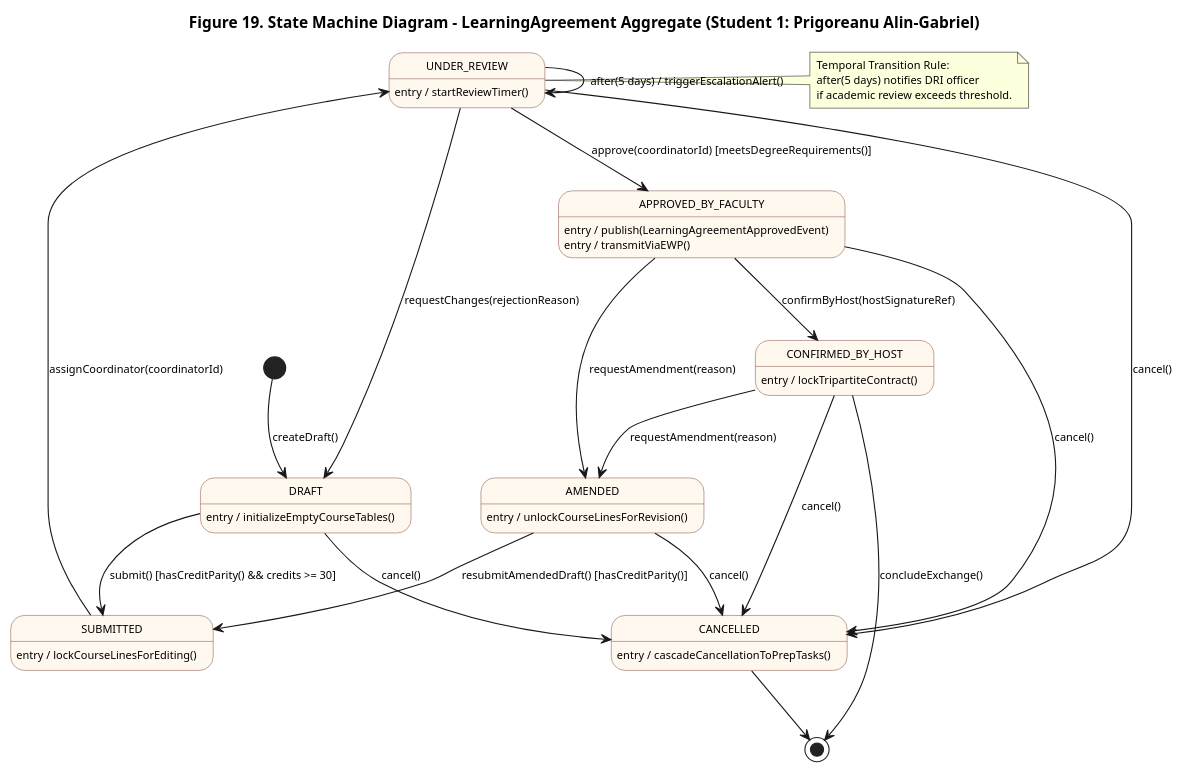
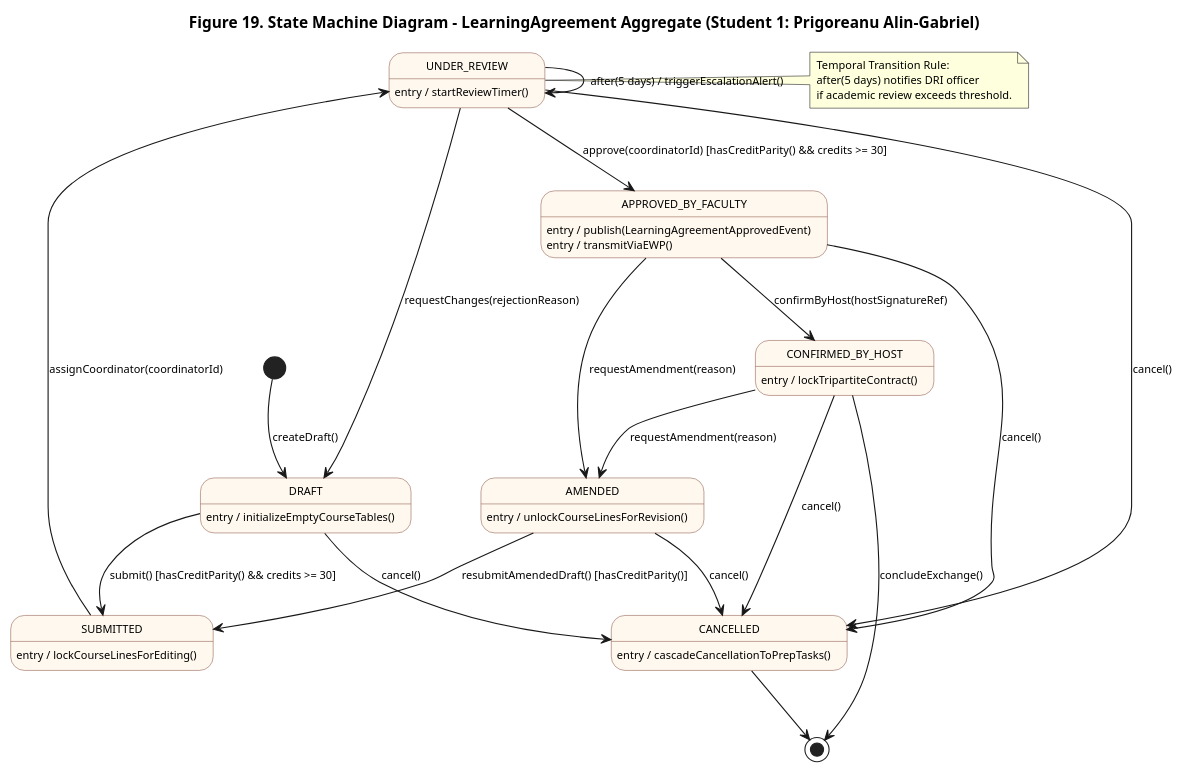
One commit to prigo929/erasmus-mobility-platform changed the diagram in docs/diagrams/fig19-statemachine-learning-agreement.puml. Above: the diagram before and after it, drawn with PlantUML. The commit also changed 39 other files, not shown here.

```diff
--- a/docs/diagrams/fig19-statemachine-learning-agreement.puml
+++ b/docs/diagrams/fig19-statemachine-learning-agreement.puml
@@ -1,73 +1,73 @@
 @startuml
 title Figure 19. State Machine Diagram - LearningAgreement Aggregate (Student 1: Prigoreanu Alin-Gabriel)
 skinparam backgroundColor #FFFFFF
 skinparam defaultFontName "Helvetica", "Arial", sans-serif
 skinparam defaultFontSize 10
 skinparam state {
   BackgroundColor #FFF8EE
   BorderColor #8D5B4C
   FontSize 10
   HeaderBackgroundColor #FCEBD9
 }
 
 [*] --> DRAFT : createDraft()
 
 state DRAFT {
   DRAFT : entry / initializeEmptyCourseTables()
 }
 
 DRAFT --> SUBMITTED : submit() [hasCreditParity() && credits >= 30]
 DRAFT --> CANCELLED : cancel()
 
 state SUBMITTED {
   SUBMITTED : entry / lockCourseLinesForEditing()
 }
 
 SUBMITTED --> UNDER_REVIEW : assignCoordinator(coordinatorId)
 
 state UNDER_REVIEW {
   UNDER_REVIEW : entry / startReviewTimer()
 }
 
 UNDER_REVIEW --> UNDER_REVIEW : after(5 days) / triggerEscalationAlert()
 UNDER_REVIEW --> DRAFT : requestChanges(rejectionReason)
-UNDER_REVIEW --> APPROVED_BY_FACULTY : approve(coordinatorId) [meetsDegreeRequirements()]
+UNDER_REVIEW --> APPROVED_BY_FACULTY : approve(coordinatorId) [hasCreditParity() && credits >= 30]
 UNDER_REVIEW --> CANCELLED : cancel()
 
 state APPROVED_BY_FACULTY {
   APPROVED_BY_FACULTY : entry / publish(LearningAgreementApprovedEvent)
   APPROVED_BY_FACULTY : entry / transmitViaEWP()
 }
 
 APPROVED_BY_FACULTY --> CONFIRMED_BY_HOST : confirmByHost(hostSignatureRef)
 APPROVED_BY_FACULTY --> AMENDED : requestAmendment(reason)
 APPROVED_BY_FACULTY --> CANCELLED : cancel()
 
 state CONFIRMED_BY_HOST {
   CONFIRMED_BY_HOST : entry / lockTripartiteContract()
 }
 
 CONFIRMED_BY_HOST --> AMENDED : requestAmendment(reason)
 CONFIRMED_BY_HOST --> CANCELLED : cancel()
 
 state AMENDED {
   AMENDED : entry / unlockCourseLinesForRevision()
 }
 
 AMENDED --> SUBMITTED : resubmitAmendedDraft() [hasCreditParity()]
 AMENDED --> CANCELLED : cancel()
 
 state CANCELLED {
   CANCELLED : entry / cascadeCancellationToPrepTasks()
 }
 
 CANCELLED --> [*]
 CONFIRMED_BY_HOST --> [*] : concludeExchange()
 
 note right of UNDER_REVIEW
   Temporal Transition Rule:
   after(5 days) notifies DRI officer
   if academic review exceeds threshold.
 end note
 
 @enduml
```
